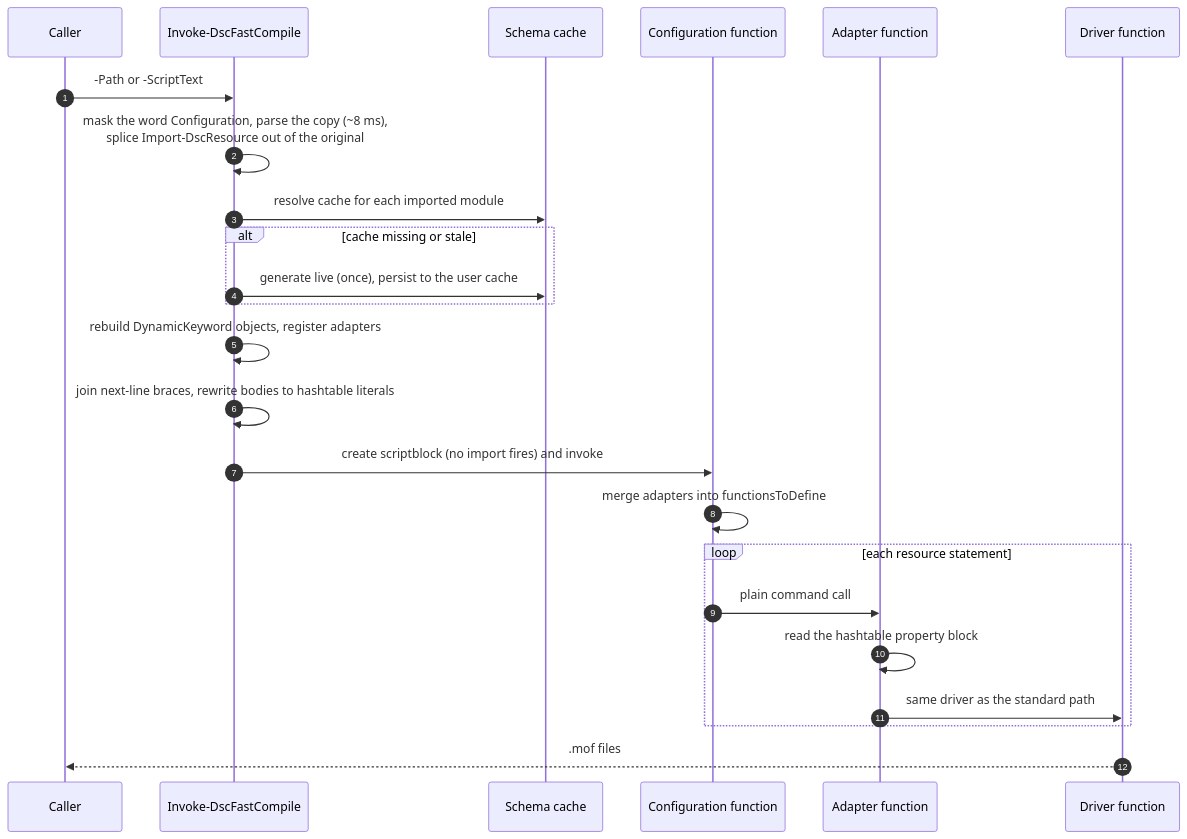
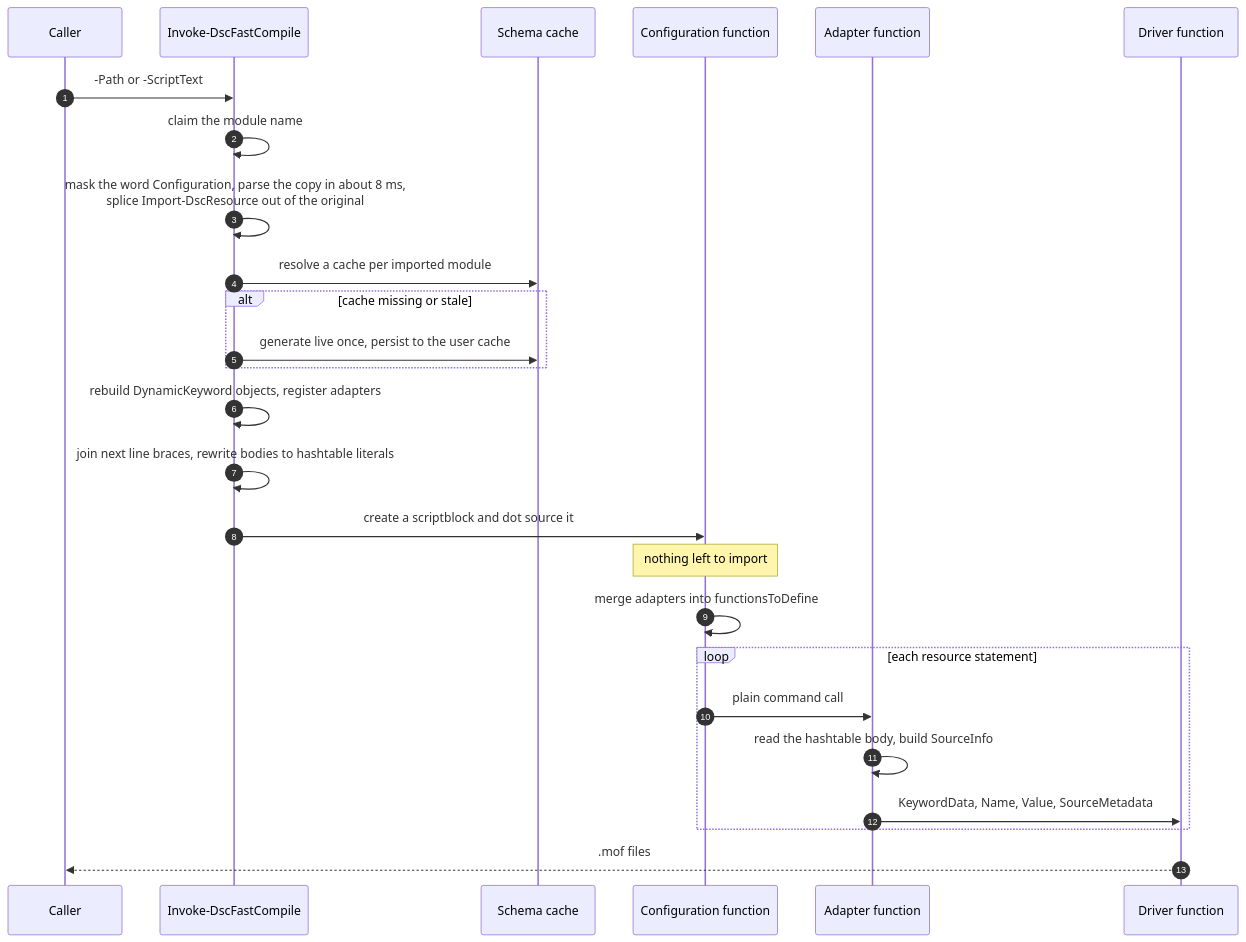
The fifth of 7 diagrams in docs/Architecture.md (Microsoft365DSC/PSDesiredStateConfiguration), drawn with Mermaid before and after one commit. The commit also changed other lines of this file and 5 other files, not shown here.

````diff
--- a/docs/Architecture.md
+++ b/docs/Architecture.md
@@ -114,27 +290,29 @@
 ```mermaid
 sequenceDiagram
     autonumber
     participant Caller
     participant F as Invoke-DscFastCompile
     participant S as Schema cache
     participant C as Configuration function
     participant A as Adapter function
     participant D as Driver function
 
     Caller->>F: -Path or -ScriptText
-    F->>F: mask the word Configuration, parse the copy (~8 ms),<br/>splice Import-DscResource out of the original
-    F->>S: resolve cache for each imported module
+    F->>F: claim the module name
+    F->>F: mask the word Configuration, parse the copy in about 8 ms,<br/>splice Import-DscResource out of the original
+    F->>S: resolve a cache per imported module
     alt cache missing or stale
-        F->>S: generate live (once), persist to the user cache
+        F->>S: generate live once, persist to the user cache
     end
     F->>F: rebuild DynamicKeyword objects, register adapters
-    F->>F: join next-line braces, rewrite bodies to hashtable literals
-    F->>C: create scriptblock (no import fires) and invoke
+    F->>F: join next line braces, rewrite bodies to hashtable literals
+    F->>C: create a scriptblock and dot source it
+    Note over C: nothing left to import
     C->>C: merge adapters into functionsToDefine
     loop each resource statement
         C->>A: plain command call
-        A->>A: read the hashtable property block
-        A->>D: same driver as the standard path
+        A->>A: read the hashtable body, build SourceInfo
+        A->>D: KeywordData, Name, Value, SourceMetadata
     end
     D-->>Caller: .mof files
 ```
````
